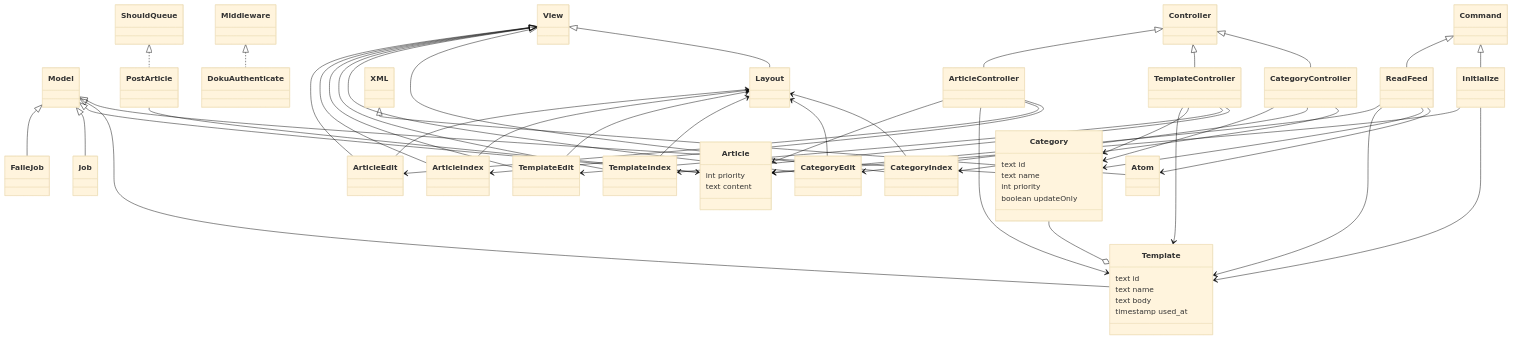
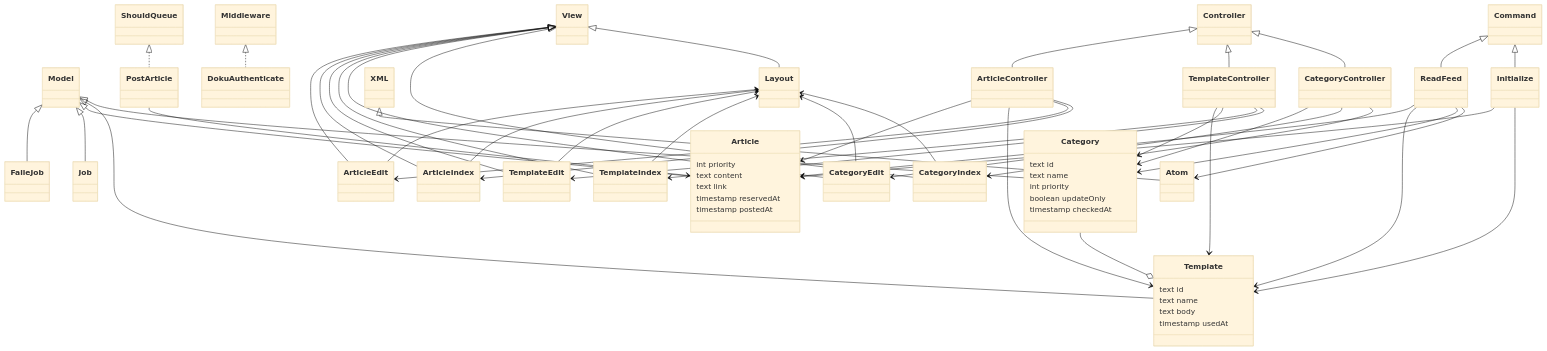
The diagram in README.md (MichinobuMaeda/squirrelwheel), drawn with Mermaid (base theme) before and after one commit. The commit also changed 20 other files, not shown here.

````diff
--- a/README.md
+++ b/README.md
@@ -91,64 +91,68 @@
 ```mermaid
 classDiagram
 class Category {
     text id
     text name
     int priority
     boolean updateOnly
+    timestamp checkedAt
 }
 class Template {
     text id
     text name
     text body
-    timestamp used_at
+    timestamp usedAt
 }
 class Article {
     int priority
     text content
+    text link
+    timestamp reservedAt
+    timestamp postedAt
 }
 Model <|-- Category
 Model <|-- Template
 Model <|-- Article
 Model <|-- Job
 Model <|-- FaileJob
 Controller <|-- CategoryController
 Controller <|-- TemplateController
 Controller <|-- ArticleController
 Middleware <|.. DokuAuthenticate
 View <|-- Layout
 View <|-- CategoryIndex
 View <|-- CategoryEdit
 View <|-- TemplateIndex
 View <|-- TemplateEdit
 View <|-- ArticleIndex
 View <|-- ArticleEdit
 Layout <-- CategoryIndex
 Layout <-- CategoryEdit
 Layout <-- TemplateIndex
 Layout <-- TemplateEdit
 Layout <-- ArticleIndex
 Layout <-- ArticleEdit
 CategoryController --> CategoryIndex
 CategoryController --> CategoryEdit
 TemplateController --> TemplateIndex
 TemplateController --> TemplateEdit
 ArticleController  --> ArticleIndex
 ArticleController  --> ArticleEdit
 Command <|-- Initialize
 Command <|-- ReadFeed
 XML <|-- Atom
 ReadFeed --> Atom
 ReadFeed --> Category
 ReadFeed --> Template
 ReadFeed --> Article
 ShouldQueue <|.. PostArticle
 PostArticle --> Article
 Category --o Template
 Initialize --> Template
 Initialize --> Article
 CategoryController --> Category
 TemplateController --> Category
 TemplateController --> Template
 ArticleController --> Template
 ArticleController --> Article
 ```
````
